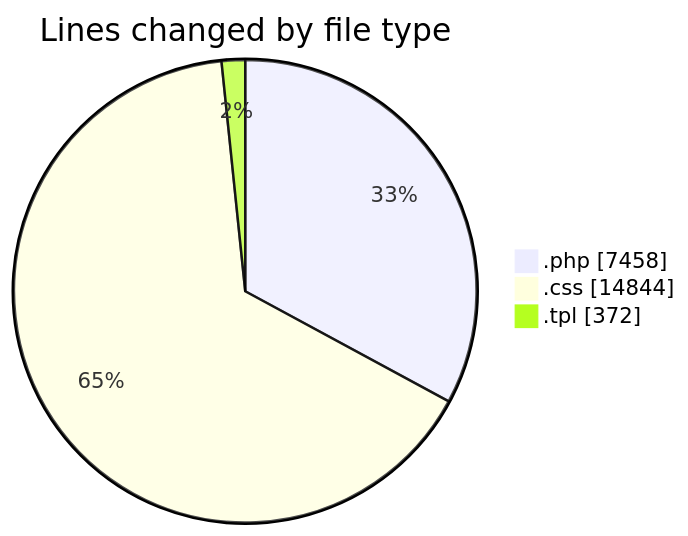
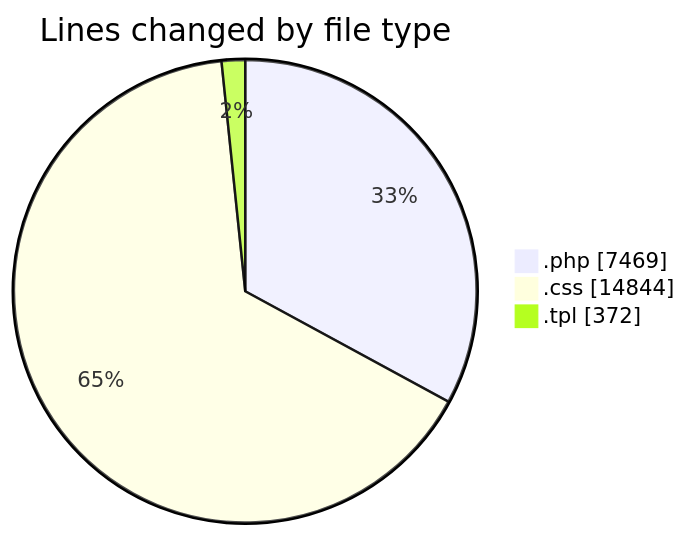
The first of 2 diagrams in 2025-04-17/zeytoon/README.md (vahidmafi/code-tracking), drawn with Mermaid before and after one commit. The commit also changed other lines of this file and 1 other file, not shown here.

````diff
--- a/2025-04-17/zeytoon/README.md
+++ b/2025-04-17/zeytoon/README.md
@@ -28,7 +28,7 @@
 ```mermaid
 pie showData
 title Lines changed by file type
-".php" : 7458
+".php" : 7469
 ".css" : 14844
 ".tpl" : 372
 ```
````
